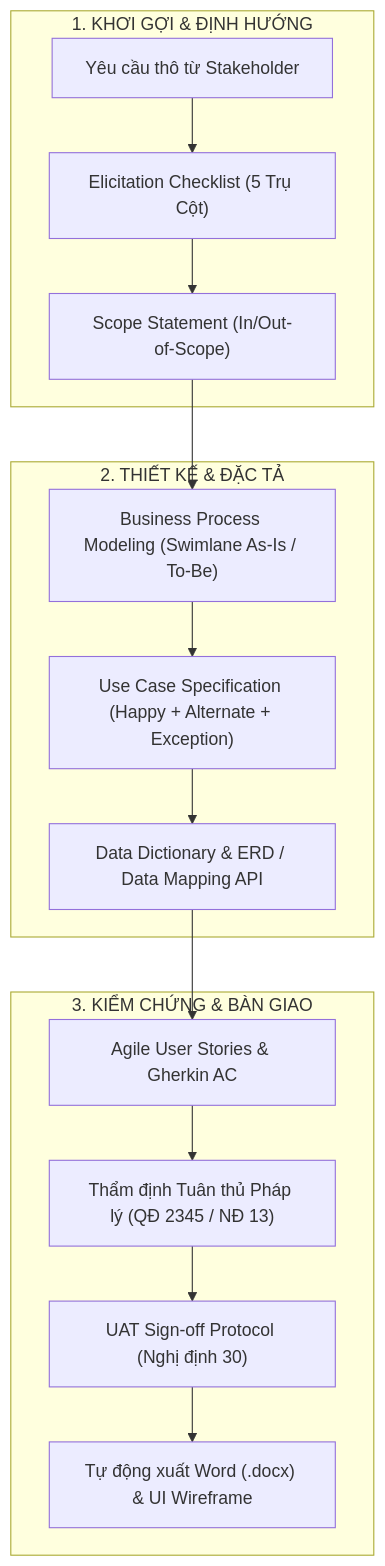
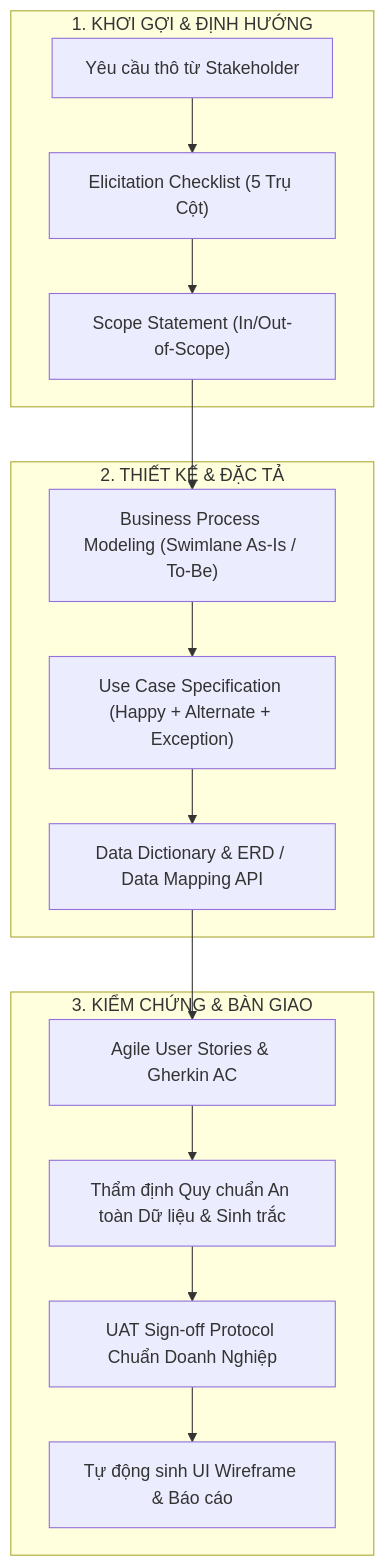
The diagram in README.md (Le-Ngoc-Tu/ba-analyst-kit), drawn with Mermaid before and after one commit. The commit also changed other lines of this file and 50 other files, not shown here.

````diff
--- a/README.md
+++ b/README.md
@@ -38,20 +38,20 @@
 ```mermaid
 flowchart TD
     subgraph INTAKE ["1. KHƠI GỢI & ĐỊNH HƯỚNG"]
         A["Yêu cầu thô từ Stakeholder"] --> B["Elicitation Checklist (5 Trụ Cột)"]
         B --> C["Scope Statement (In/Out-of-Scope)"]
     end
 
     subgraph MODELING ["2. THIẾT KẾ & ĐẶC TẢ"]
         C --> D["Business Process Modeling (Swimlane As-Is / To-Be)"]
         D --> E["Use Case Specification (Happy + Alternate + Exception)"]
         E --> F["Data Dictionary & ERD / Data Mapping API"]
     end
 
     subgraph VERIFICATION ["3. KIỂM CHỨNG & BÀN GIAO"]
         F --> G["Agile User Stories & Gherkin AC"]
-        G --> H["Thẩm định Tuân thủ Pháp lý (QĐ 2345 / NĐ 13)"]
-        H --> I["UAT Sign-off Protocol (Nghị định 30)"]
-        I --> J["Tự động xuất Word (.docx) & UI Wireframe"]
+        G --> H["Thẩm định Quy chuẩn An toàn Dữ liệu & Sinh trắc"]
+        H --> I["UAT Sign-off Protocol Chuẩn Doanh Nghiệp"]
+        I --> J["Tự động sinh UI Wireframe & Báo cáo"]
     end
 ```
````
